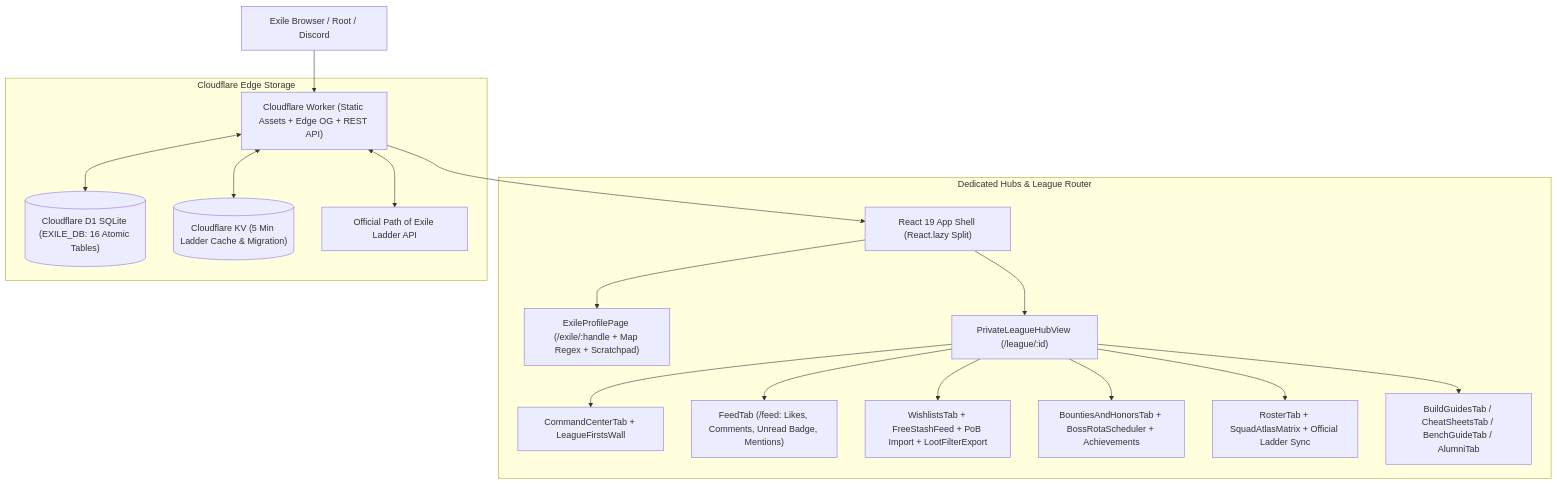
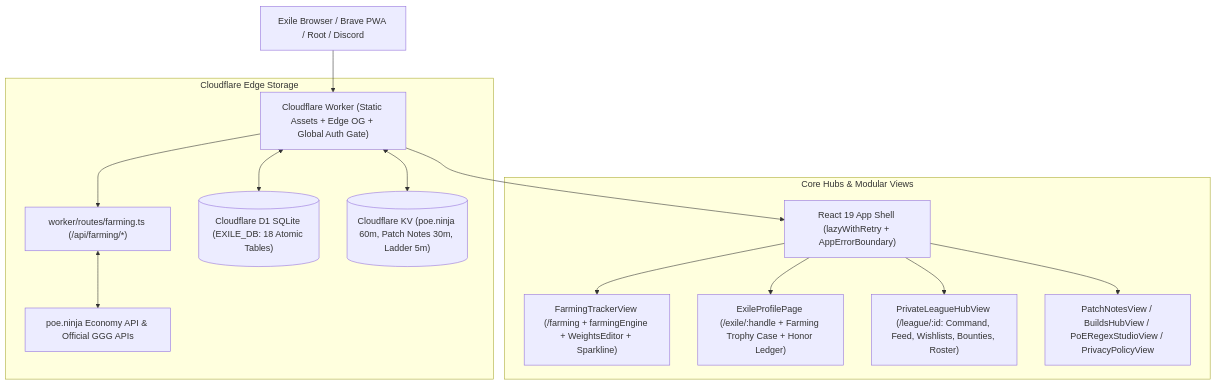
One commit to Leuie/exile-ssf changed the diagram in README.md. Above: the diagram before and after it, drawn with Mermaid. The commit also changed other lines of this file and 9 other files, not shown here.

Commit message:
Modularize worker and Farming Tracker, enforce global exile_session auth gate, add live 15 tab progress, Demo preview banner, Privacy Policy, remove SSF Progress, and update README

````diff
--- a/README.md
+++ b/README.md
@@ -71,22 +64,19 @@
 ```mermaid
 flowchart TD
-    User["Exile Browser / Root / Discord"] --> Worker["Cloudflare Worker (Static Assets + Edge OG + REST API)"]
-    Worker --> App["React 19 App Shell (React.lazy Split)"]
+    User["Exile Browser / Brave PWA / Root / Discord"] --> Worker["Cloudflare Worker (Static Assets + Edge OG + Global Auth Gate)"]
+    Worker --> FarmingAPI["worker/routes/farming.ts (/api/farming/*)"]
+    Worker --> App["React 19 App Shell (lazyWithRetry + AppErrorBoundary)"]
 
-    subgraph "Dedicated Hubs & League Router"
-        App --> Profile["ExileProfilePage (/exile/:handle + Map Regex + Scratchpad)"]
-        App --> Hub["PrivateLeagueHubView (/league/:id)"]
-        Hub --> Tab1["CommandCenterTab + LeagueFirstsWall"]
-        Hub --> TabFeed["FeedTab (/feed: Likes, Comments, Unread Badge, Mentions)"]
-        Hub --> Tab2["WishlistsTab + FreeStashFeed + PoB Import + LootFilterExport"]
-        Hub --> Tab3["BountiesAndHonorsTab + BossRotaScheduler + Achievements"]
-        Hub --> Tab4["RosterTab + SquadAtlasMatrix + Official Ladder Sync"]
-        Hub --> Tab5["BuildGuidesTab / CheatSheetsTab / BenchGuideTab / AlumniTab"]
+    subgraph "Core Hubs & Modular Views"
+        App --> Farming["FarmingTrackerView (/farming + farmingEngine + WeightsEditor + Sparkline)"]
+        App --> Profile["ExileProfilePage (/exile/:handle + Farming Trophy Case + Honor Ledger)"]
+        App --> Hub["PrivateLeagueHubView (/league/:id: Command, Feed, Wishlists, Bounties, Roster)"]
+        App --> Tools["PatchNotesView / BuildsHubView / PoERegexStudioView / PrivacyPolicyView"]
     end
 
     subgraph "Cloudflare Edge Storage"
-        Worker <--> D1[("Cloudflare D1 SQLite (EXILE_DB: 16 Atomic Tables)")]
-        Worker <--> KV[("Cloudflare KV (5 Min Ladder Cache & Migration)")]
-        Worker <--> GGG["Official Path of Exile Ladder API"]
+        Worker <--> D1[("Cloudflare D1 SQLite (EXILE_DB: 18 Atomic Tables)")]
+        Worker <--> KV[("Cloudflare KV (poe.ninja 60m, Patch Notes 30m, Ladder 5m)")]
+        FarmingAPI <--> External["poe.ninja Economy API & Official GGG APIs"]
     end
 ```
````
